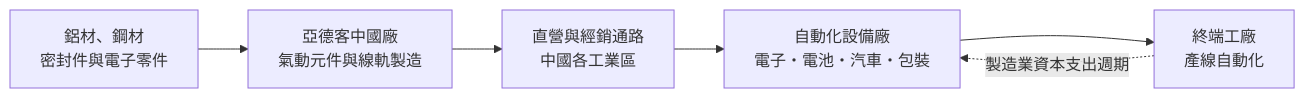
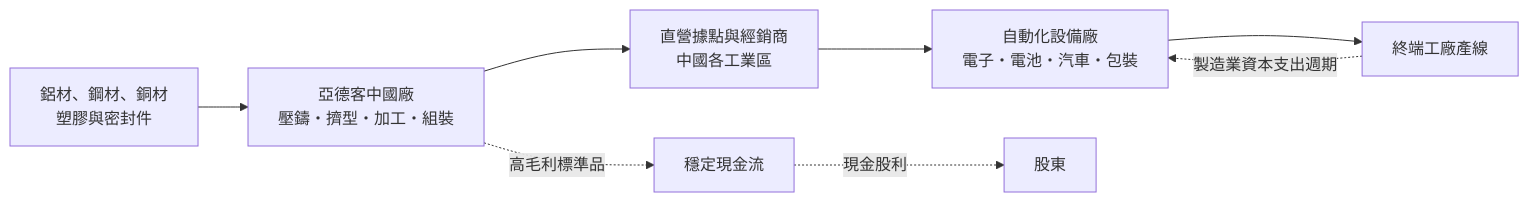
The second of 4 diagrams in 個股/台股/1590亞德客-KY.md (wangnick1004/taiwan-stock-vault), drawn with Mermaid before and after one commit. The commit also changed other lines of this file and 27 other files, not shown here.

````diff
--- a/個股/台股/1590亞德客-KY.md
+++ b/個股/台股/1590亞德客-KY.md
@@ -71,8 +72,10 @@
 ```mermaid
 flowchart LR
-    A["鋁材、鋼材<br/>密封件與電子零件"] --> B["亞德客中國廠<br/>氣動元件與線軌製造"]
-    B --> C["直營與經銷通路<br/>中國各工業區"]
+    A["鋁材、鋼材、銅材<br/>塑膠與密封件"] --> B["亞德客中國廠<br/>壓鑄・擠型・加工・組裝"]
+    B --> C["直營據點與經銷商<br/>中國各工業區"]
     C --> D["自動化設備廠<br/>電子・電池・汽車・包裝"]
-    D --> E["終端工廠<br/>產線自動化"]
+    D --> E["終端工廠產線"]
     E -. 製造業資本支出週期 .-> D
+    B -. 高毛利標準品 .-> F["穩定現金流"]
+    F -. 現金股利 .-> G["股東"]
 ```
````
